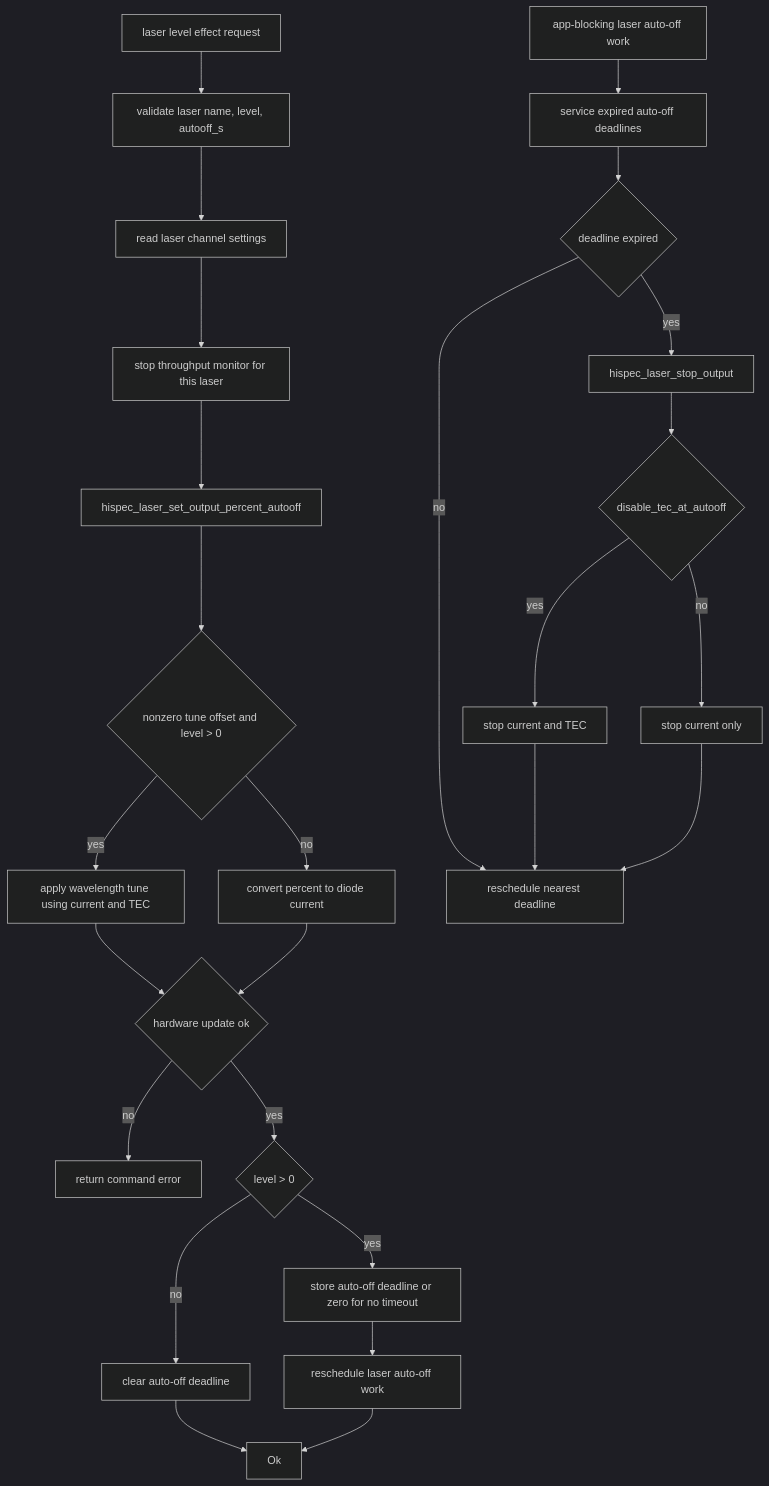
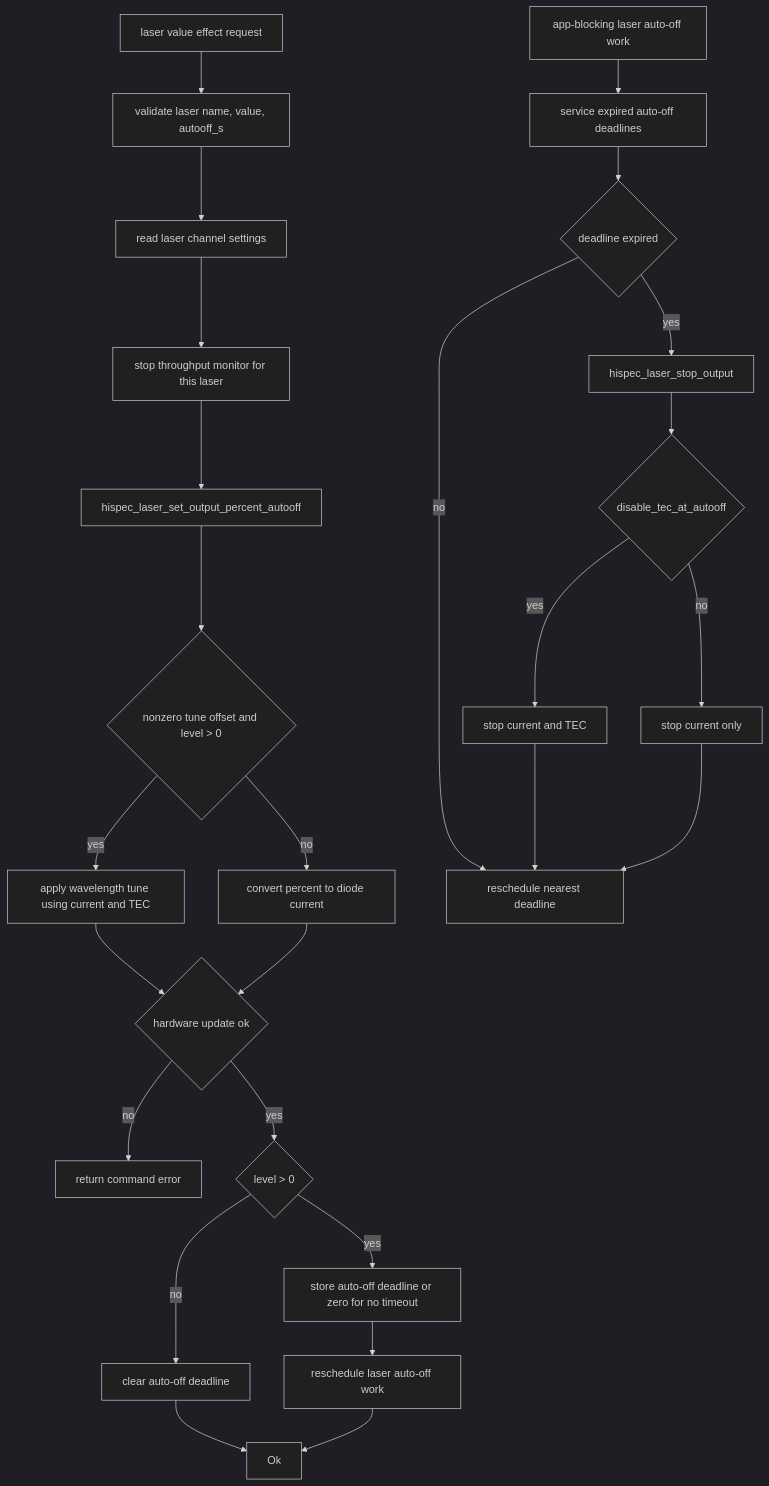
One commit to COO-Utilities/hispec-tib changed diagram 22 of 24 in doc/diagrams.md. Above: the diagram before and after it, drawn with Mermaid (dark theme). The commit also changed other lines of this file and 24 other files, not shown here.

````diff
--- a/doc/diagrams.md
+++ b/doc/diagrams.md
@@ -501,29 +503,29 @@
 ```mermaid
 flowchart TD
-  Request[laser level effect request] --> Parse[validate laser name, level, autooff_s]
+  Request[laser value effect request] --> Parse[validate laser name, value, autooff_s]
   Parse --> Settings[read laser channel settings]
   Settings --> StopTP[stop throughput monitor for this laser]
   StopTP --> SetOutput[hispec_laser_set_output_percent_autooff]
   SetOutput --> Tuned{nonzero tune offset and level > 0}
   Tuned -- yes --> Tune[apply wavelength tune using current and TEC]
   Tuned -- no --> Percent[convert percent to diode current]
   Tune --> Applied{hardware update ok}
   Percent --> Applied
   Applied -- no --> Error[return command error]
   Applied -- yes --> LevelPositive{level > 0}
   LevelPositive -- yes --> Deadline[store auto-off deadline or zero for no timeout]
   LevelPositive -- no --> Clear[clear auto-off deadline]
   Deadline --> ScheduleTimeout[reschedule laser auto-off work]
   Clear --> Ok
   ScheduleTimeout --> Ok
 
   TimeoutActor[app-blocking laser auto-off work] --> Service[service expired auto-off deadlines]
   Service --> Expired{deadline expired}
   Expired -- no --> Wait[reschedule nearest deadline]
   Expired -- yes --> StopOutput[hispec_laser_stop_output]
   StopOutput --> DisableTec{disable_tec_at_autooff}
   DisableTec -- yes --> TecOff[stop current and TEC]
   DisableTec -- no --> CurrentOff[stop current only]
   TecOff --> Wait
   CurrentOff --> Wait
 ```
````
